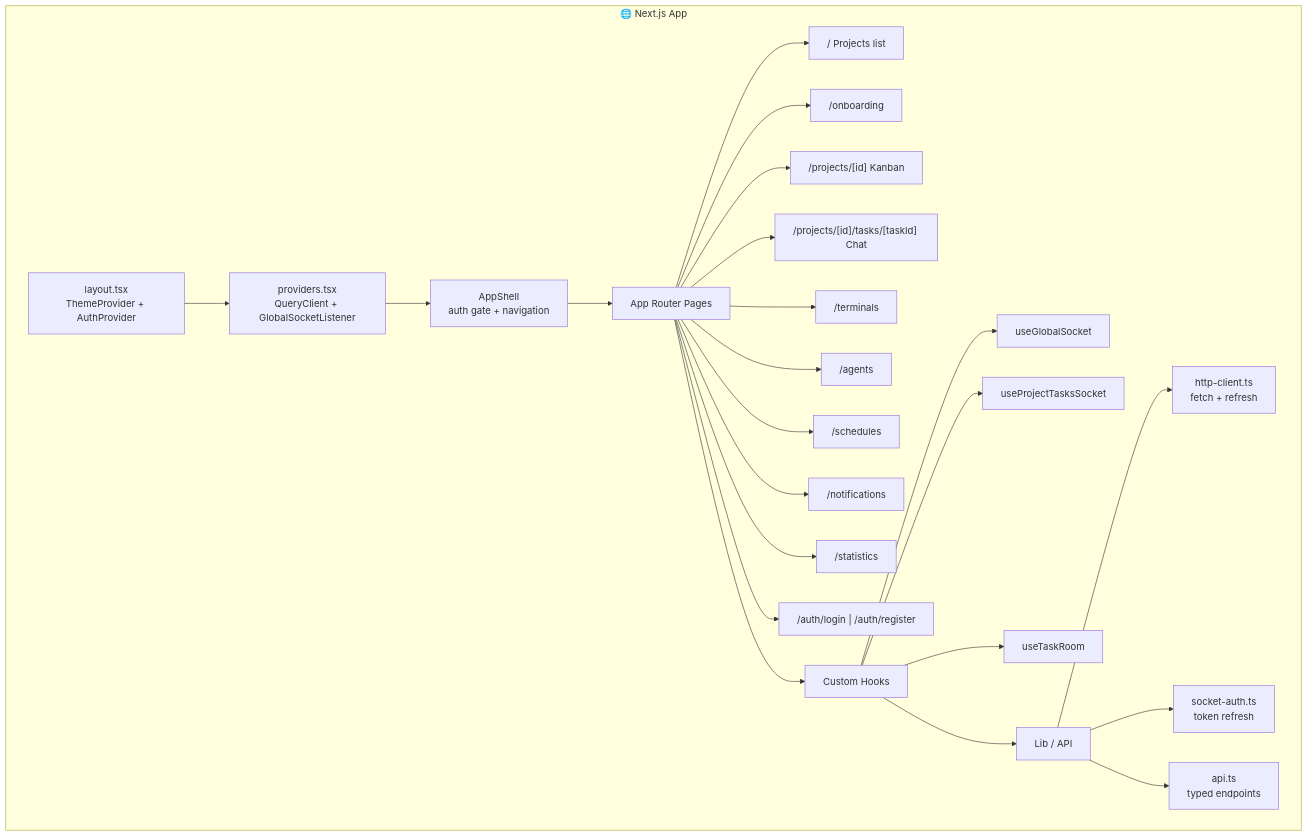
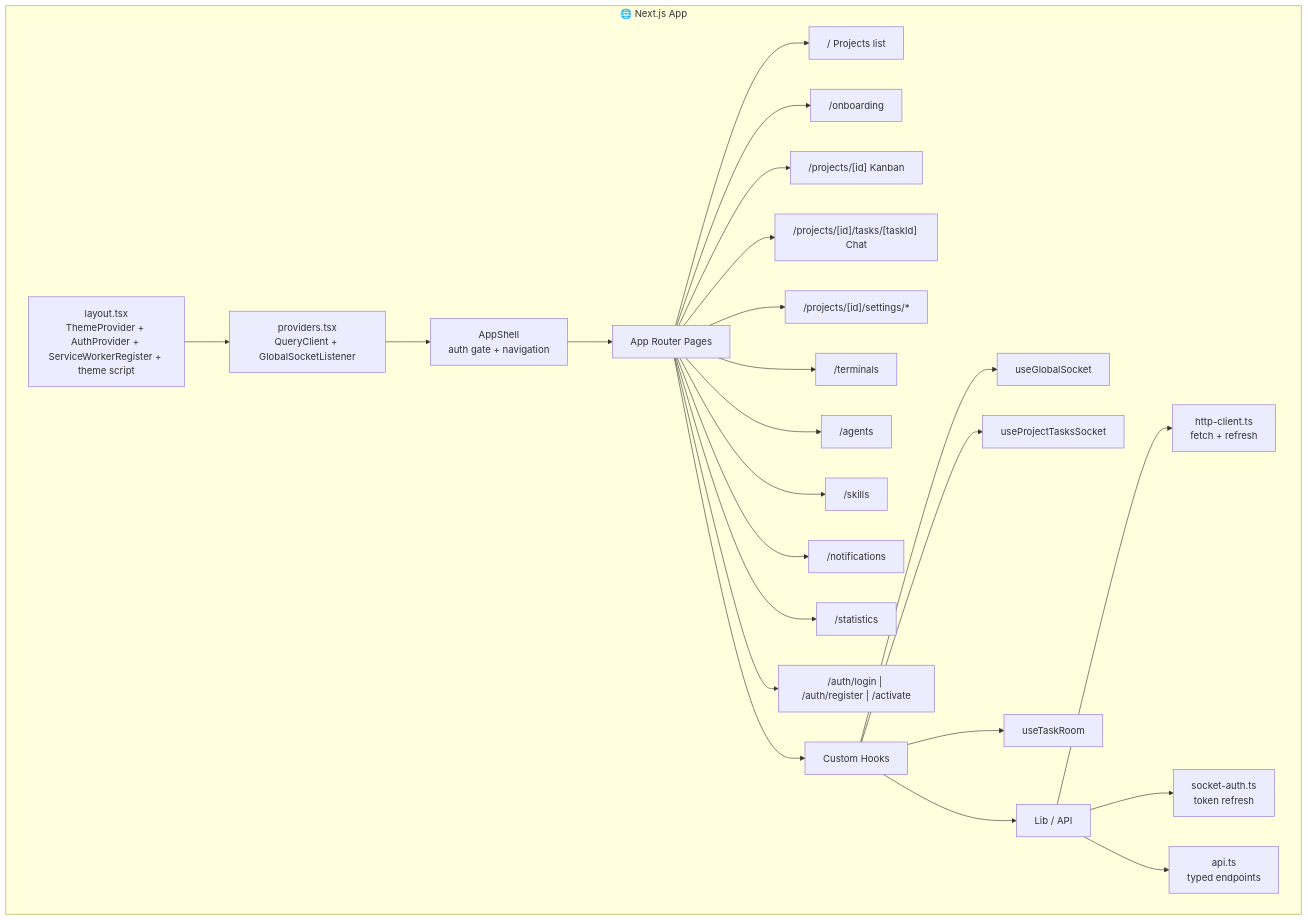
One commit to sergiubutnarasu/onezone changed the eighth of 9 diagrams in ARCHITECTURE.md. Above: the diagram before and after it, drawn with Mermaid. The commit also changed other lines of this file and 5 other files, not shown here.

````diff
--- a/ARCHITECTURE.md
+++ b/ARCHITECTURE.md
@@ -295,36 +297,37 @@
 ```mermaid
 flowchart TB
     subgraph NextApp["🌐 Next.js App"]
-        Layout["layout.tsx<br/>ThemeProvider + AuthProvider"]
+        Layout["layout.tsx<br/>ThemeProvider + AuthProvider + ServiceWorkerRegister + theme script"]
         Providers["providers.tsx<br/>QueryClient + GlobalSocketListener"]
         AppShell["AppShell<br/>auth gate + navigation"]
 
         Pages["App Router Pages"]
         Pages --> Home["/ Projects list"]
         Pages --> Onboarding["/onboarding"]
         Pages --> ProjectPage["/projects/[id] Kanban"]
         Pages --> TaskChat["/projects/[id]/tasks/[taskId] Chat"]
+        Pages --> Settings["/projects/[id]/settings/*"]
         Pages --> Terminals["/terminals"]
         Pages --> Agents["/agents"]
-        Pages --> Schedules["/schedules"]
+        Pages --> Skills["/skills"]
         Pages --> Notifications["/notifications"]
         Pages --> Statistics["/statistics"]
-        Pages --> Auth["/auth/login | /auth/register"]
+        Pages --> Auth["/auth/login | /auth/register | /activate"]
 
         Hooks["Custom Hooks"]
         Hooks --> useGlobalSocket["useGlobalSocket"]
         Hooks --> useProjectTasksSocket["useProjectTasksSocket"]
         Hooks --> useTaskRoom["useTaskRoom"]
 
         Lib["Lib / API"]
         Lib --> httpClient["http-client.ts<br/>fetch + refresh"]
         Lib --> socketAuth["socket-auth.ts<br/>token refresh"]
         Lib --> api["api.ts<br/>typed endpoints"]
     end
 
     Layout --> Providers
     Providers --> AppShell
     AppShell --> Pages
     Pages --> Hooks
     Hooks --> Lib
 ```
````
